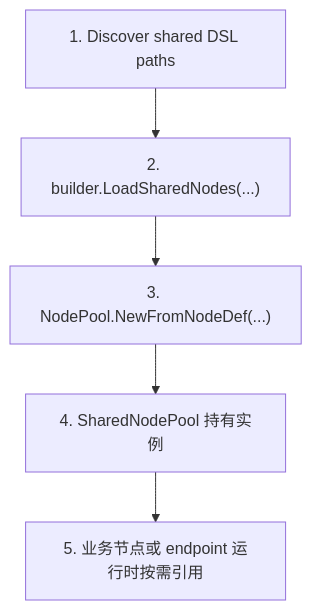
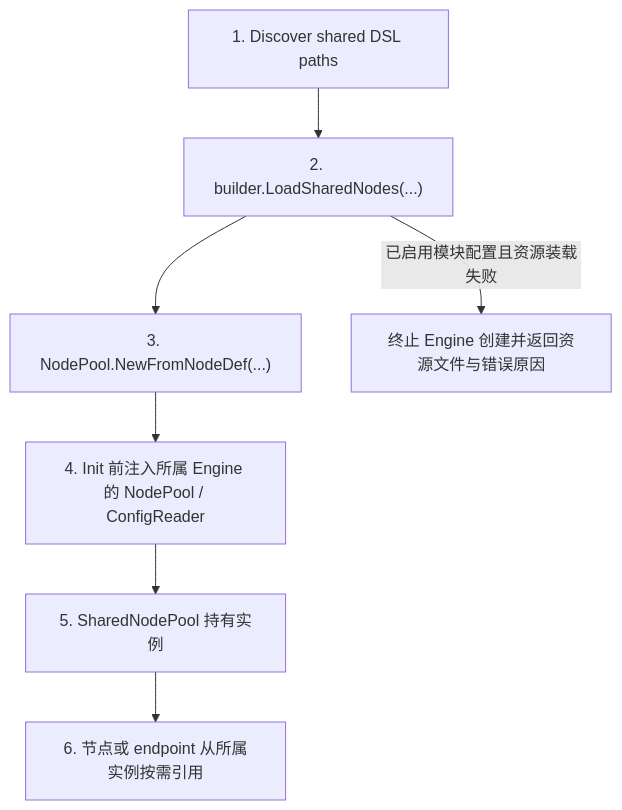
Before and after one commit to neohetj/matrix: the diagram in docs/reference/15_shared_resource_management.md, drawn with Mermaid. The commit also changed other lines of this file and 12 other files, not shown here.

First line of the commit message:
fix(runtime): Keep private resources in their owning engine

````diff
--- a/docs/reference/15_shared_resource_management.md
+++ b/docs/reference/15_shared_resource_management.md
@@ -46,7 +46,9 @@
 ```mermaid
 flowchart TD
     discover["1. Discover shared DSL paths"] --> load["2. builder.LoadSharedNodes(...)"]
     load --> pool["3. NodePool.NewFromNodeDef(...)"]
-    pool --> ready["4. SharedNodePool 持有实例"]
-    ready --> runtime["5. 业务节点或 endpoint 运行时按需引用"]
+    pool --> inject["4. Init 前注入所属 Engine 的 NodePool / ConfigReader"]
+    inject --> ready["5. SharedNodePool 持有实例"]
+    ready --> runtime["6. 节点或 endpoint 从所属实例按需引用"]
+    load -->|已启用模块配置且资源装载失败| abort["终止 Engine 创建并返回资源文件与错误原因"]
 ```
````
